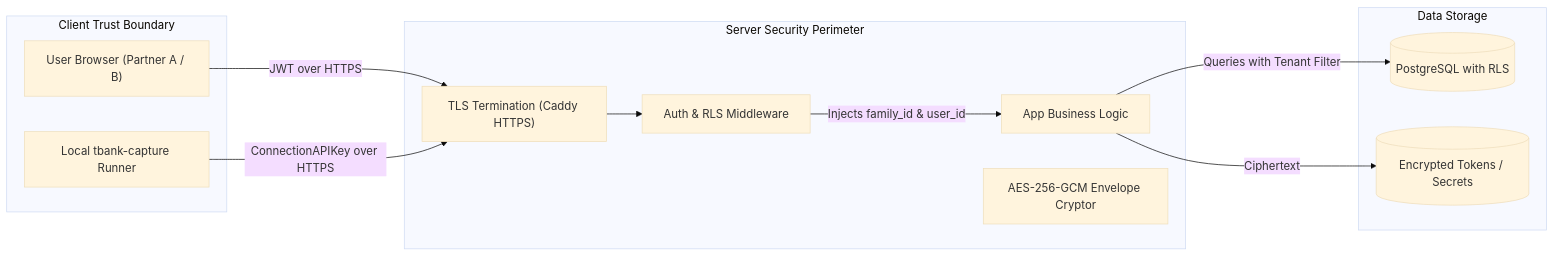
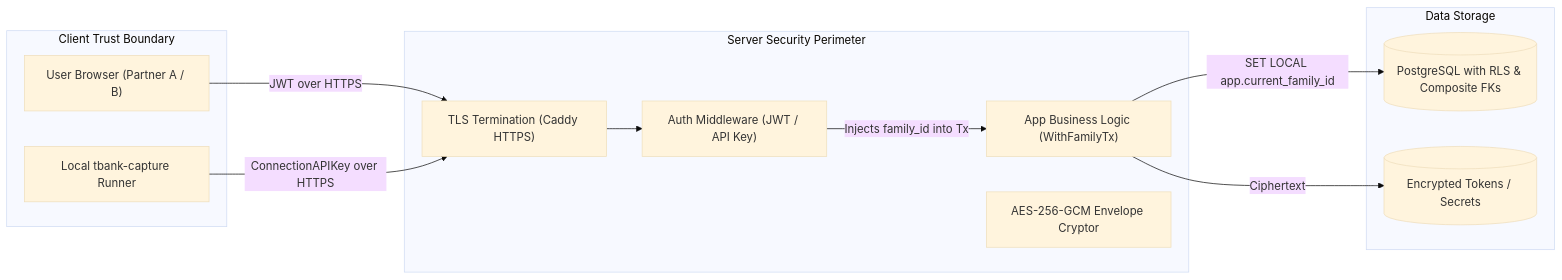
One commit to khaliullov/family-finance changed the fourth of 4 diagrams in architecture.md. Above: the diagram before and after it, drawn with Mermaid (base theme). The commit also changed other lines of this file and 6 other files, not shown here.

````diff
--- a/architecture.md
+++ b/architecture.md
@@ -133,26 +181,26 @@
 ```mermaid
 graph LR
     subgraph Client_Trust_Boundary ["Client Trust Boundary"]
         Browser["User Browser (Partner A / B)"]
         Sidecar["Local tbank-capture Runner"]
     end
 
     subgraph Server_Boundary ["Server Security Perimeter"]
         TLS["TLS Termination (Caddy HTTPS)"]
-        AuthMiddleware["Auth & RLS Middleware"]
-        App["App Business Logic"]
+        AuthMiddleware["Auth Middleware (JWT / API Key)"]
+        App["App Business Logic (WithFamilyTx)"]
         Enc["AES-256-GCM Envelope Cryptor"]
     end
 
     subgraph Data_Perimeter ["Data Storage"]
-        DB[(PostgreSQL with RLS)]
+        DB[(PostgreSQL with RLS & Composite FKs)]
         Vault[(Encrypted Tokens / Secrets)]
     end
 
     Browser -->|JWT over HTTPS| TLS
     Sidecar -->|ConnectionAPIKey over HTTPS| TLS
     TLS --> AuthMiddleware
-    AuthMiddleware -->|Injects family_id & user_id| App
+    AuthMiddleware -->|Injects family_id into Tx| App
     App -->|Ciphertext| Vault
-    App -->|Queries with Tenant Filter| DB
+    App -->|SET LOCAL app.current_family_id| DB
 ```
````
